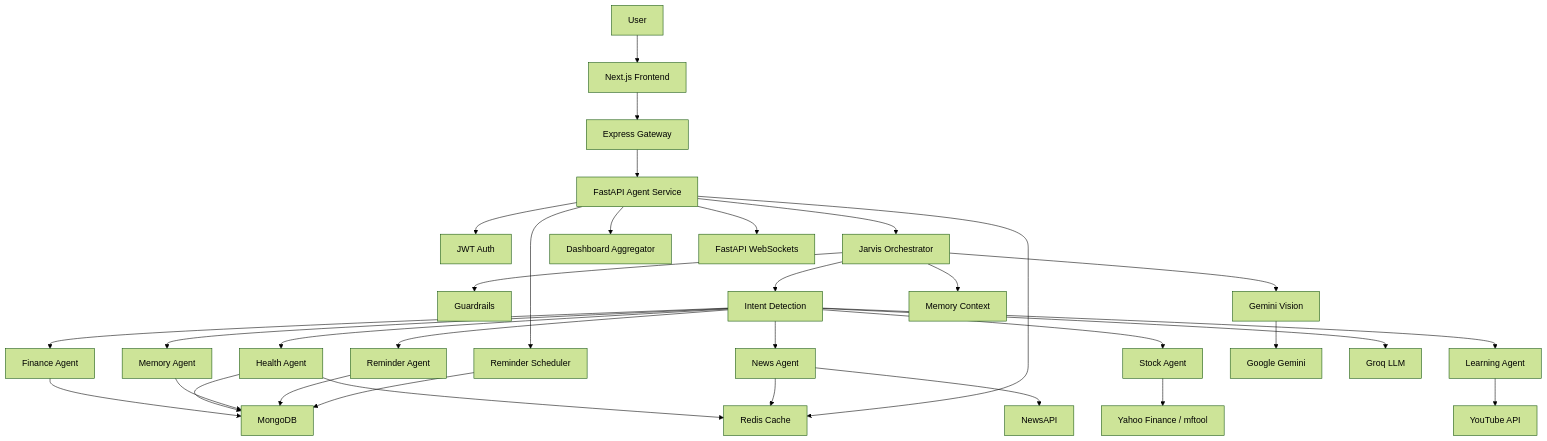
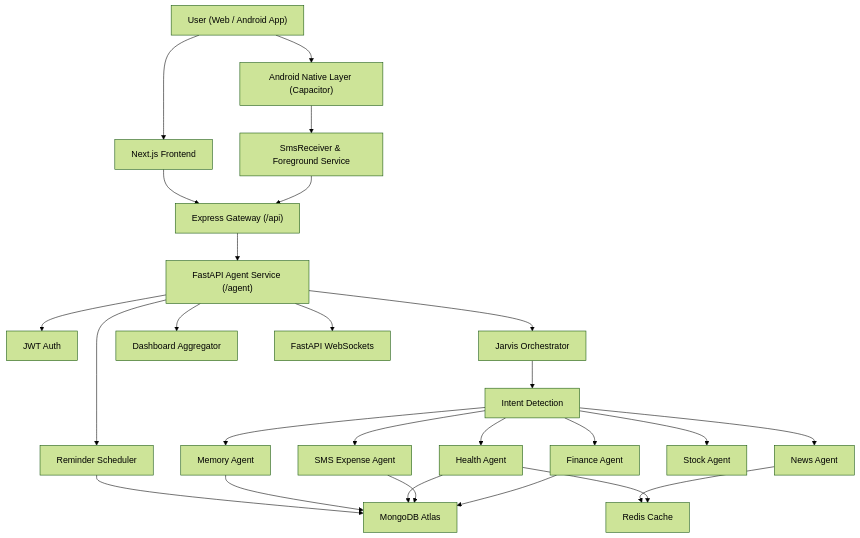
Before and after one commit to mangalgithub/jarvis: the diagram in README.md, drawn with Mermaid (forest theme). The commit also changed other lines of this file, not shown here.

````diff
--- a/README.md
+++ b/README.md
@@ -185,41 +137,34 @@
 ```mermaid
 graph TD
-    User["User"] --> Frontend["Next.js Frontend"]
-    Frontend --> Gateway["Express Gateway"]
-    Gateway --> FastAPI["FastAPI Agent Service"]
+    User["User (Web / Android App)"] --> AndroidNative["Android Native Layer (Capacitor)"]
+    AndroidNative --> SmsReceiver["SmsReceiver & Foreground Service"]
+    SmsReceiver --> Gateway["Express Gateway (/api)"]
+    User --> Frontend["Next.js Frontend"]
+    Frontend --> Gateway
+
+    Gateway --> FastAPI["FastAPI Agent Service (/agent)"]
 
     FastAPI --> Auth["JWT Auth"]
     FastAPI --> Orchestrator["Jarvis Orchestrator"]
     FastAPI --> Dashboard["Dashboard Aggregator"]
     FastAPI --> Scheduler["Reminder Scheduler"]
     FastAPI --> WS["FastAPI WebSockets"]
 
-    Orchestrator --> Guardrails["Guardrails"]
-    Orchestrator --> Vision["Gemini Vision"]
     Orchestrator --> Intent["Intent Detection"]
-    Orchestrator --> MemoryContext["Memory Context"]
 
     Intent --> Finance["Finance Agent"]
+    Intent --> SmsAgent["SMS Expense Agent"]
     Intent --> Health["Health Agent"]
     Intent --> News["News Agent"]
     Intent --> Stocks["Stock Agent"]
     Intent --> Memory["Memory Agent"]
-    Intent --> Learning["Learning Agent"]
-    Intent --> Reminders["Reminder Agent"]
 
-    Finance --> MongoDB["MongoDB"]
+    Finance --> MongoDB["MongoDB Atlas"]
+    SmsAgent --> MongoDB
     Health --> MongoDB
     Memory --> MongoDB
-    Reminders --> MongoDB
     Scheduler --> MongoDB
 
     Health --> Redis["Redis Cache"]
     News --> Redis
-    FastAPI --> Redis
-
-    News --> NewsAPI["NewsAPI"]
-    Stocks --> Yahoo["Yahoo Finance / mftool"]
-    Learning --> YouTube["YouTube API"]
-    Vision --> Gemini["Google Gemini"]
-    Intent --> Groq["Groq LLM"]
 ```
````
